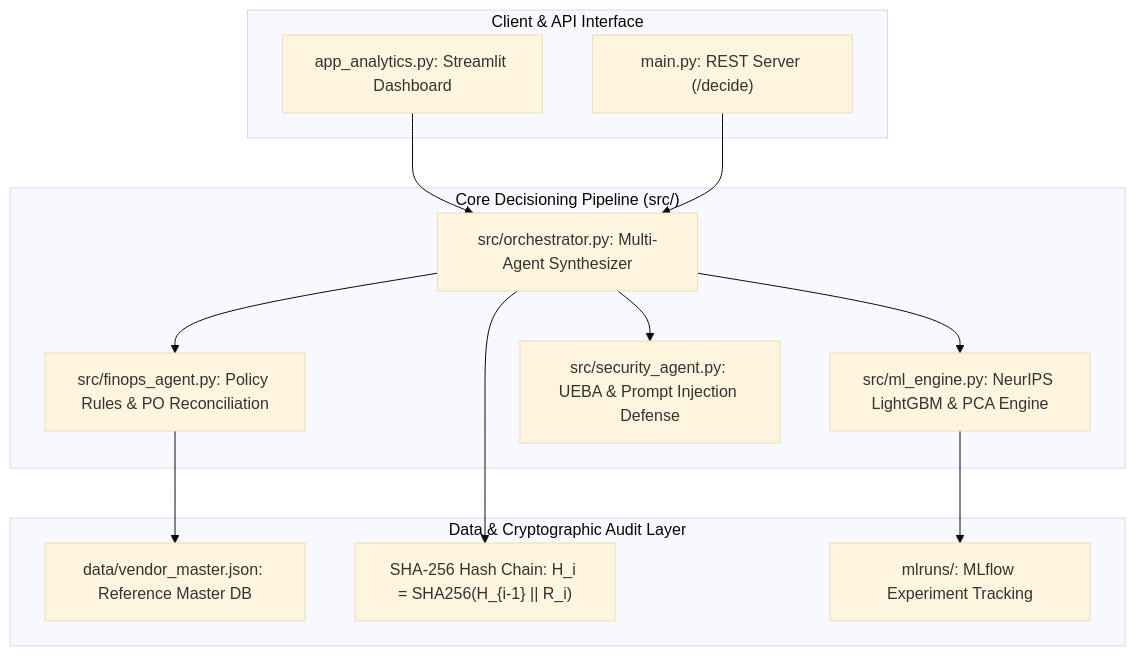
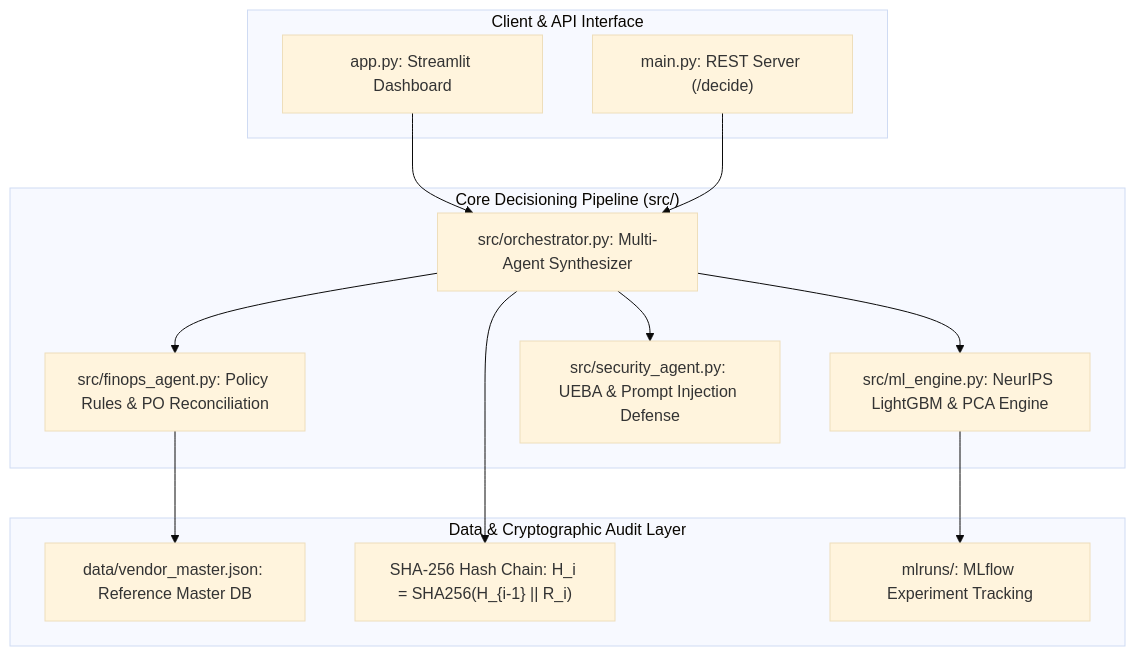
Before and after one commit to PriyankaHichkad/FinOps-Security-Agent: the first of 2 diagrams in docs/DeveloperGuide.md, drawn with Mermaid (base theme). The commit also changed 5 other files, not shown here.

````diff
--- a/docs/DeveloperGuide.md
+++ b/docs/DeveloperGuide.md
@@ -28,26 +28,26 @@
 ```mermaid
 flowchart TD
     subgraph ClientLayer ["Client & API Interface"]
-        StreamlitUI["app_analytics.py: Streamlit Dashboard"]
+        StreamlitUI["app.py: Streamlit Dashboard"]
         FastAPIEndpoint["main.py: REST Server (/decide)"]
     end
 
     subgraph CoreEngine ["Core Decisioning Pipeline (src/)"]
         Orchestrator["src/orchestrator.py: Multi-Agent Synthesizer"]
         MLEngine["src/ml_engine.py: NeurIPS LightGBM & PCA Engine"]
         FinOpsAgent["src/finops_agent.py: Policy Rules & PO Reconciliation"]
         SecOpsAgent["src/security_agent.py: UEBA & Prompt Injection Defense"]
     end
 
     subgraph DataStorage ["Data & Cryptographic Audit Layer"]
         VendorMaster["data/vendor_master.json: Reference Master DB"]
         AuditLedger["SHA-256 Hash Chain: H_i = SHA256(H_{i-1} || R_i)"]
         MLflowStore["mlruns/: MLflow Experiment Tracking"]
     end
 
     StreamlitUI & FastAPIEndpoint --> Orchestrator
     Orchestrator --> FinOpsAgent & MLEngine & SecOpsAgent
     FinOpsAgent --> VendorMaster
     MLEngine --> MLflowStore
     Orchestrator --> AuditLedger
 ```
````
